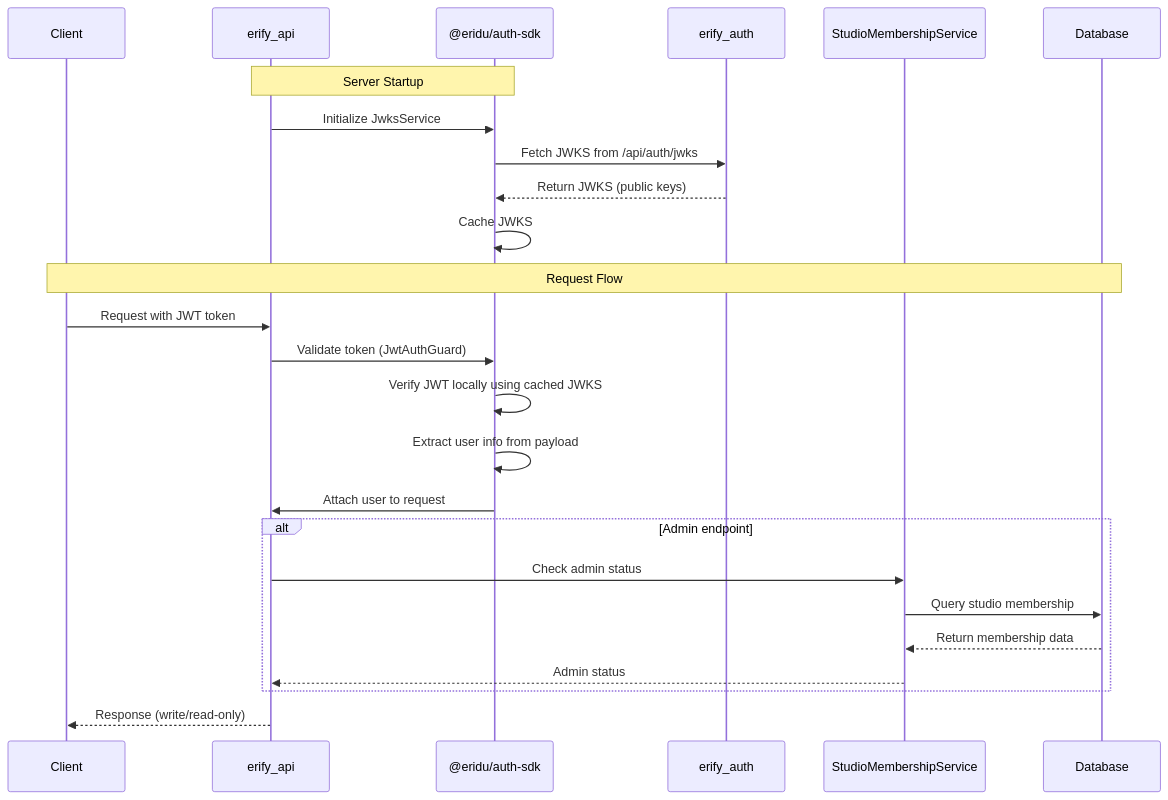
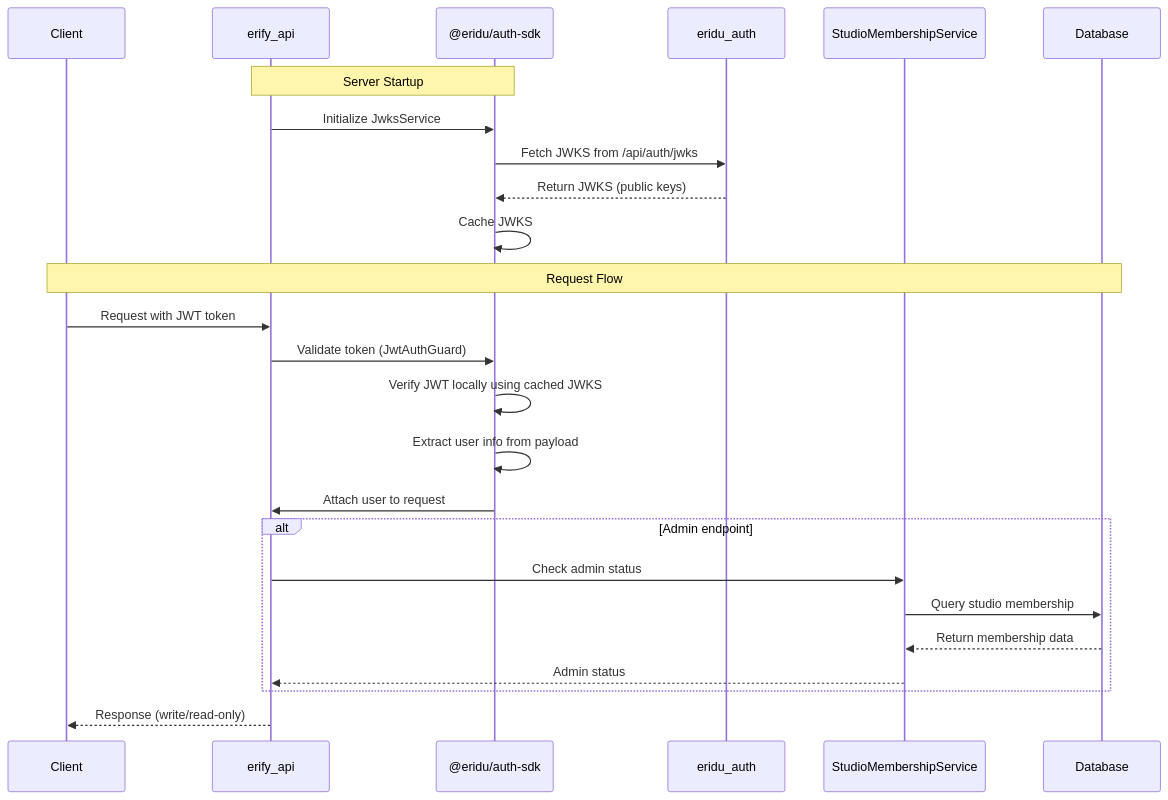
The diagram in apps/erify_api/docs/AUTHENTICATION_GUIDE.md (allenlin90/eridu-services), drawn with Mermaid before and after one commit. The commit also changed other lines of this file and 875 other files, not shown here.

````diff
--- a/apps/erify_api/docs/AUTHENTICATION_GUIDE.md
+++ b/apps/erify_api/docs/AUTHENTICATION_GUIDE.md
@@ -19,29 +19,29 @@
 ```mermaid
 sequenceDiagram
     participant Client
     participant API as erify_api
     participant SDK as @eridu/auth-sdk
-    participant Auth as erify_auth
+    participant Auth as eridu_auth
     participant StudioMembershipService
     participant Database
-    
+
     Note over API,SDK: Server Startup
     API->>SDK: Initialize JwksService
     SDK->>Auth: Fetch JWKS from /api/auth/jwks
     Auth-->>SDK: Return JWKS (public keys)
     SDK->>SDK: Cache JWKS
-    
+
     Note over Client,Database: Request Flow
     Client->>API: Request with JWT token
     API->>SDK: Validate token (JwtAuthGuard)
     SDK->>SDK: Verify JWT locally using cached JWKS
     SDK->>SDK: Extract user info from payload
     SDK->>API: Attach user to request
     alt Admin endpoint
         API->>StudioMembershipService: Check admin status
         StudioMembershipService->>Database: Query studio membership
         Database-->>StudioMembershipService: Return membership data
         StudioMembershipService-->>API: Admin status
     end
     API-->>Client: Response (write/read-only)
 ```
````
